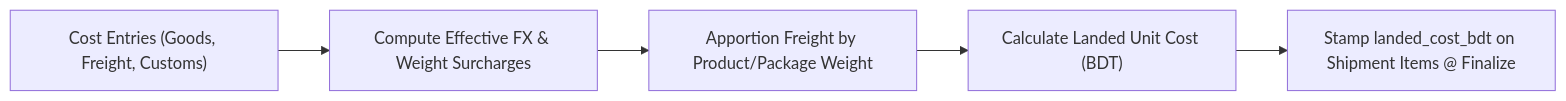
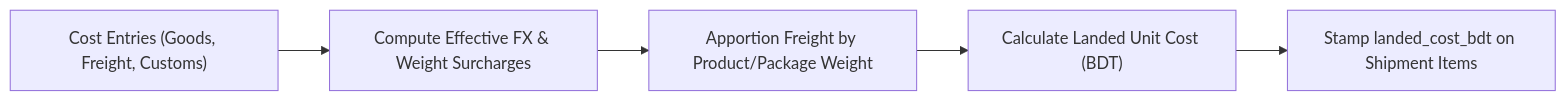
One commit to david-git-2/brandwala-wholesale-quasar-v2 changed the second of 4 diagrams in doc/procurement_stock/PROCUREMENT_STOCK.md. Above: the diagram before and after it, drawn with Mermaid. The commit also changed other lines of this file and 22 other files, not shown here.

````diff
--- a/doc/procurement_stock/PROCUREMENT_STOCK.md
+++ b/doc/procurement_stock/PROCUREMENT_STOCK.md
@@ -49,7 +49,7 @@
 ```mermaid
 flowchart LR
     A["Cost Entries (Goods, Freight, Customs)"] --> B["Compute Effective FX & Weight Surcharges"]
     B --> C["Apportion Freight by Product/Package Weight"]
     C --> D["Calculate Landed Unit Cost (BDT)"]
-    D --> E["Stamp landed_cost_bdt on Shipment Items @ Finalize"]
+    D --> E["Stamp landed_cost_bdt on Shipment Items"]
 ```
````
